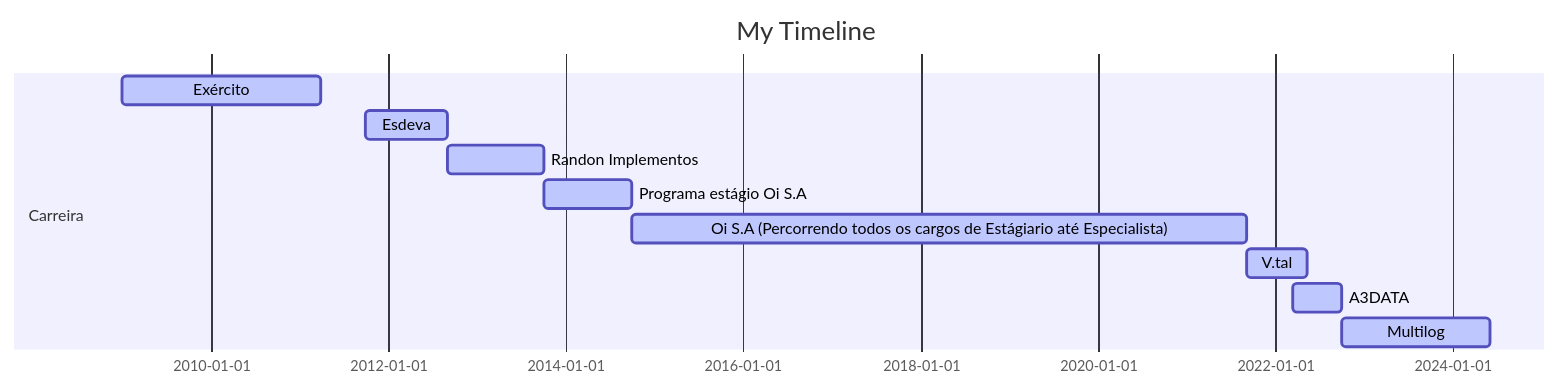
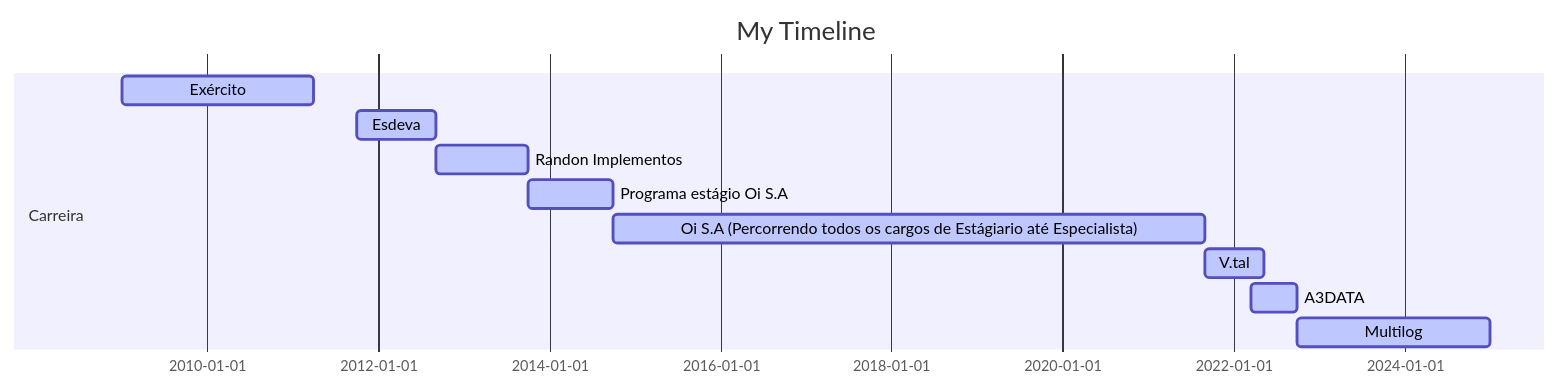
One commit to Wellikiandre/Wellikiandre changed the diagram in README.md. Above: the diagram before and after it, drawn with Mermaid. The commit also changed other lines of this file, not shown here.

````diff
--- a/README.md
+++ b/README.md
@@ -3,17 +3,17 @@
 ```mermaid
 
 gantt
 dateFormat  YYYY-MM-DD
 title My Timeline
 
 section Carreira
 Exército            :active,, 2009-01-01,2011-04-01
 Esdeva            :active,, 2011-10-01,2012-09-01
 Randon Implementos            :active,, 2012-09-01,2013-10-01
 Programa estágio Oi S.A            :active,, 2013-10-01,2014-10-01
 Oi S.A (Percorrendo todos os cargos de Estágiario até Especialista)            :active,, 2014-10-01,2021-09-01
 V.tal           :active,, 2021-09-01,2022-05-13
 A3DATA          :active,, 2022-03-15,2022-10-01
-Multilog        :active,, 2022-10-01,2024-06-01
+Multilog        :active,, 2022-10-01,2025-01-01
 
 ```
````
